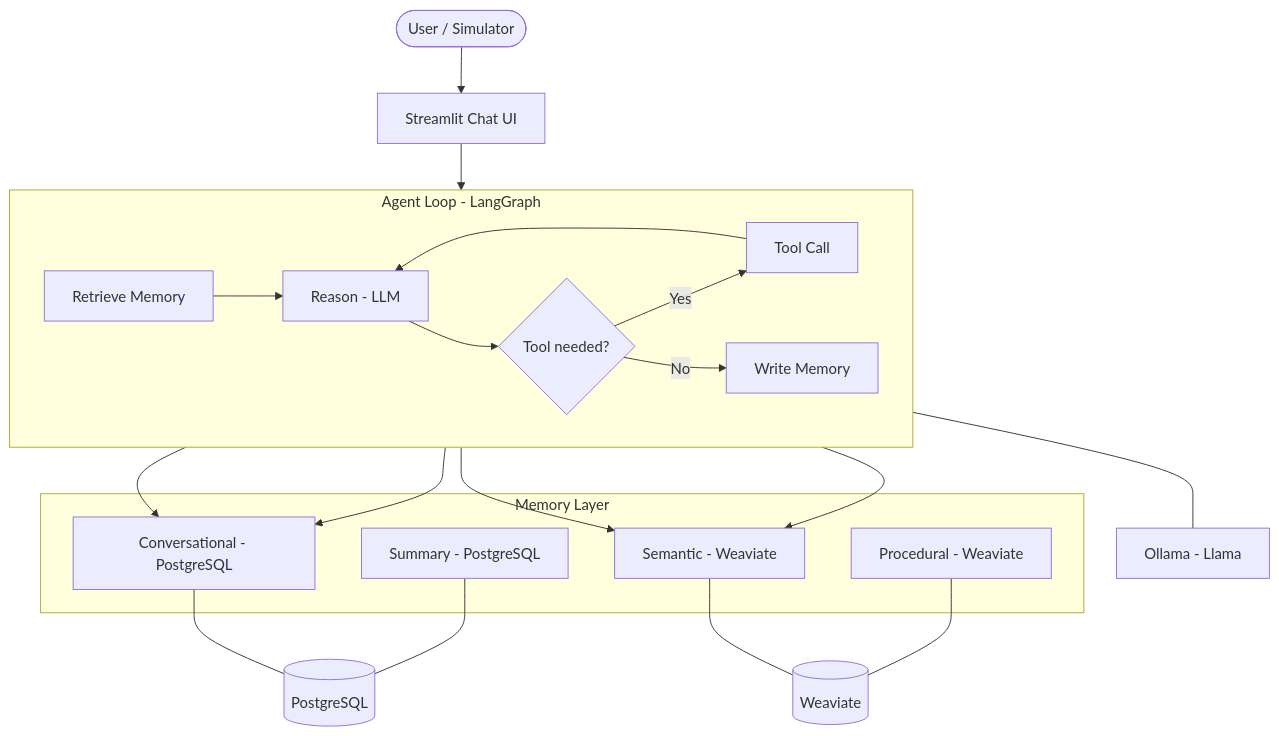
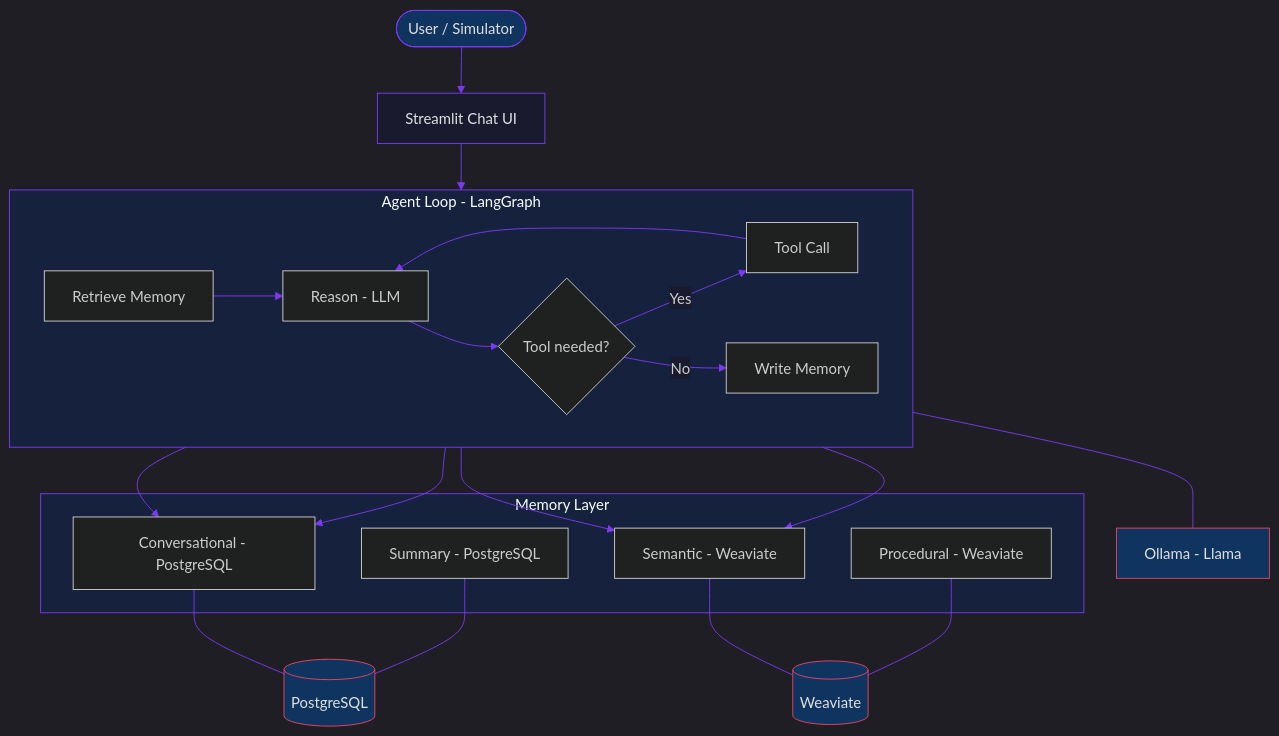
One commit to brunoramosmartins/memory-agent-regulatory changed the diagram in README.md. Above: the diagram before and after it, drawn with Mermaid. The commit also changed 14 other files, not shown here.

````diff
--- a/README.md
+++ b/README.md
@@ -26,34 +26,41 @@
 ```mermaid
+%%{init: {'theme': 'dark', 'themeVariables': {'primaryColor': '#1a1a2e', 'primaryTextColor': '#e0e0e0', 'primaryBorderColor': '#7c3aed', 'lineColor': '#7c3aed', 'secondaryColor': '#16213e', 'tertiaryColor': '#0f3460', 'edgeLabelBackground': '#1a1a2e', 'clusterBkg': '#16213e', 'clusterBorder': '#7c3aed'}}}%%
 flowchart TB
     User([User / Simulator]) --> UI[Streamlit Chat UI] --> Retrieve
 
     subgraph AgentLoop [Agent Loop - LangGraph]
         direction LR
         Retrieve[Retrieve Memory] --> Reason[Reason - LLM]
         Reason --> Tool{Tool needed?}
         Tool -->|Yes| ToolCall[Tool Call] --> Reason
         Tool -->|No| Write[Write Memory]
     end
 
     Retrieve --> Conv
     Retrieve --> Sem
     Write --> Conv
     Write --> Sem
 
     subgraph MemoryLayer [Memory Layer]
         Conv[Conversational - PostgreSQL]
         Sem[Semantic - Weaviate]
         Proc[Procedural - Weaviate]
         Summ[Summary - PostgreSQL]
     end
 
     Conv --- PG
     Summ --- PG
     Sem --- WV
     Proc --- WV
     Reason --- OL
 
     PG[(PostgreSQL)]
     WV[(Weaviate)]
     OL[Ollama - Llama]
+
+    style User fill:#0f3460,stroke:#7c3aed,color:#e0e0e0
+    style UI fill:#1a1a2e,stroke:#7c3aed,color:#e0e0e0
+    style PG fill:#0f3460,stroke:#e94560,color:#e0e0e0
+    style WV fill:#0f3460,stroke:#e94560,color:#e0e0e0
+    style OL fill:#0f3460,stroke:#e94560,color:#e0e0e0
 ```
````
